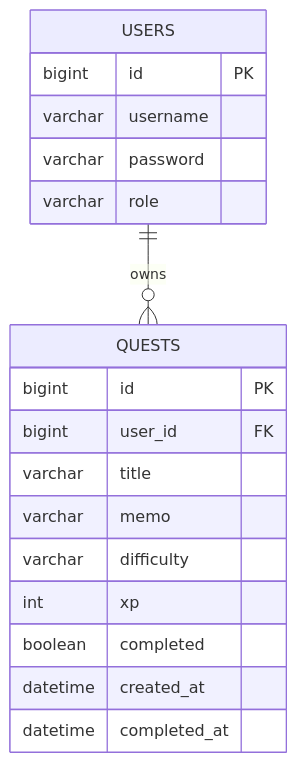
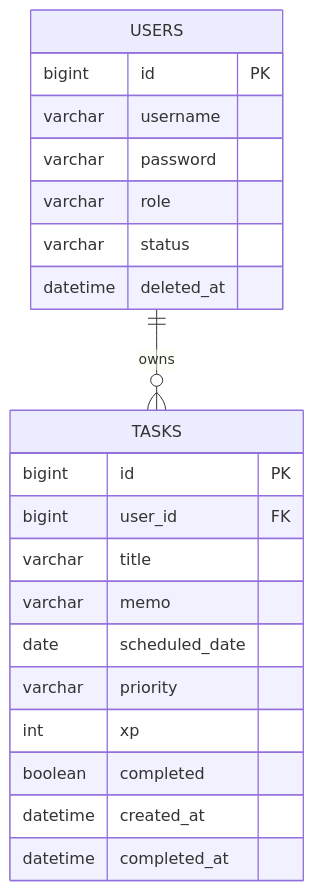
The third of 3 diagrams in README.md (yonghuun/spring-toy-backend), drawn with Mermaid before and after one commit. The commit also changed other lines of this file, not shown here.

````diff
--- a/README.md
+++ b/README.md
@@ -129,21 +121,24 @@
 ```mermaid
 erDiagram
-    USERS ||--o{ QUESTS : owns
+    USERS ||--o{ TASKS : owns
     USERS {
         bigint id PK
         varchar username
         varchar password
         varchar role
+        varchar status
+        datetime deleted_at
     }
-    QUESTS {
+    TASKS {
         bigint id PK
         bigint user_id FK
         varchar title
         varchar memo
-        varchar difficulty
+        date scheduled_date
+        varchar priority
         int xp
         boolean completed
         datetime created_at
         datetime completed_at
     }
 ```
````
